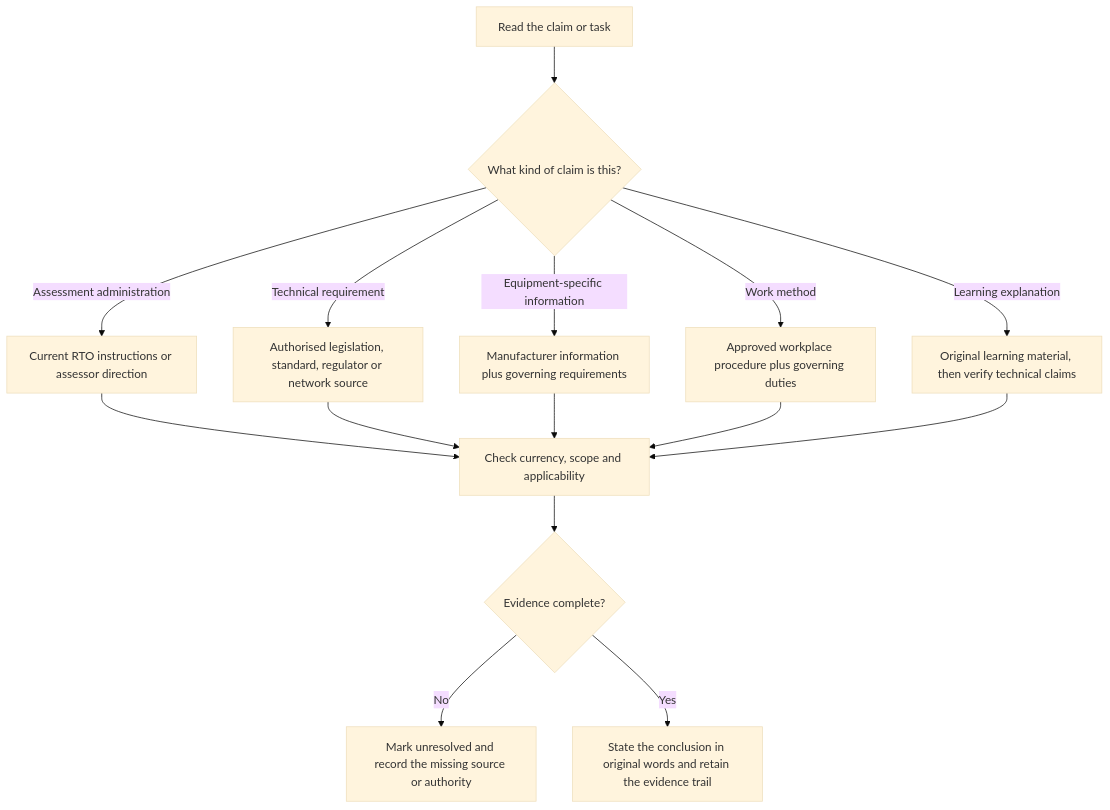
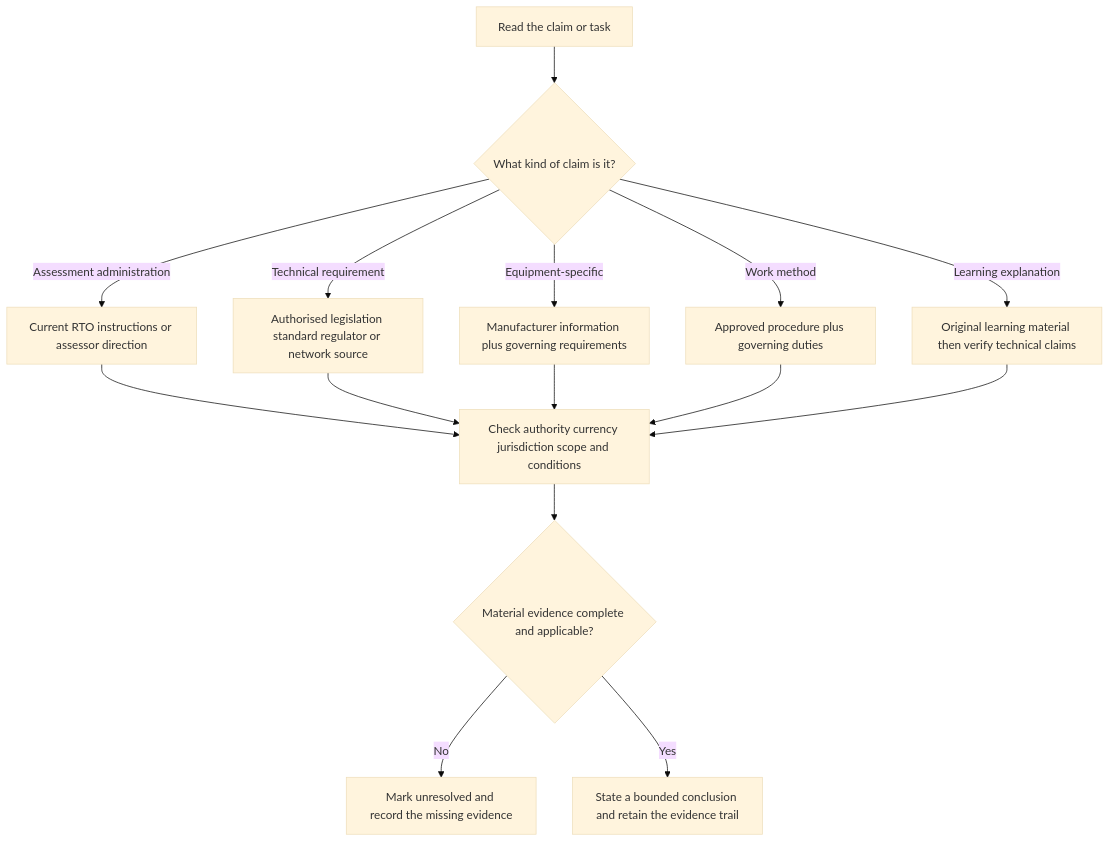
The first of 2 diagrams in docs/learning-plans/6-week/modules/day-01-program-orientation-assessment-map-and-source-hierarchy.md (andrew3stedall/capstone), drawn with Mermaid (base theme) before and after one commit. The commit also changed other lines of this file, not shown here.

````diff
--- a/docs/learning-plans/6-week/modules/day-01-program-orientation-assessment-map-and-source-hierarchy.md
+++ b/docs/learning-plans/6-week/modules/day-01-program-orientation-assessment-map-and-source-hierarchy.md
@@ -150,17 +139,17 @@
 ```mermaid
 flowchart TD
-    A["Read the claim or task"] --> B{"What kind of claim is this?"}
+    A["Read the claim or task"] --> B{"What kind of claim is it?"}
     B -->|"Assessment administration"| C["Current RTO instructions or assessor direction"]
-    B -->|"Technical requirement"| D["Authorised legislation, standard, regulator or network source"]
-    B -->|"Equipment-specific information"| E["Manufacturer information plus governing requirements"]
-    B -->|"Work method"| F["Approved workplace procedure plus governing duties"]
-    B -->|"Learning explanation"| G["Original learning material, then verify technical claims"]
-    C --> H["Check currency, scope and applicability"]
+    B -->|"Technical requirement"| D["Authorised legislation standard regulator or network source"]
+    B -->|"Equipment-specific"| E["Manufacturer information plus governing requirements"]
+    B -->|"Work method"| F["Approved procedure plus governing duties"]
+    B -->|"Learning explanation"| G["Original learning material then verify technical claims"]
+    C --> H["Check authority currency jurisdiction scope and conditions"]
     D --> H
     E --> H
     F --> H
     G --> H
-    H --> I{"Evidence complete?"}
-    I -->|"No"| J["Mark unresolved and record the missing source or authority"]
-    I -->|"Yes"| K["State the conclusion in original words and retain the evidence trail"]
+    H --> I{"Material evidence complete and applicable?"}
+    I -->|"No"| J["Mark unresolved and record the missing evidence"]
+    I -->|"Yes"| K["State a bounded conclusion and retain the evidence trail"]
 ```
````
